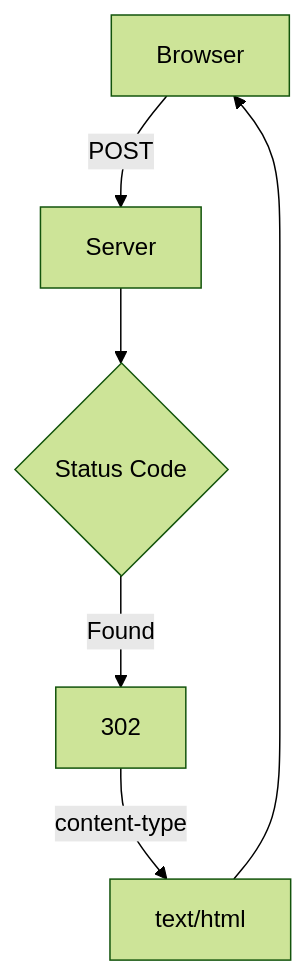
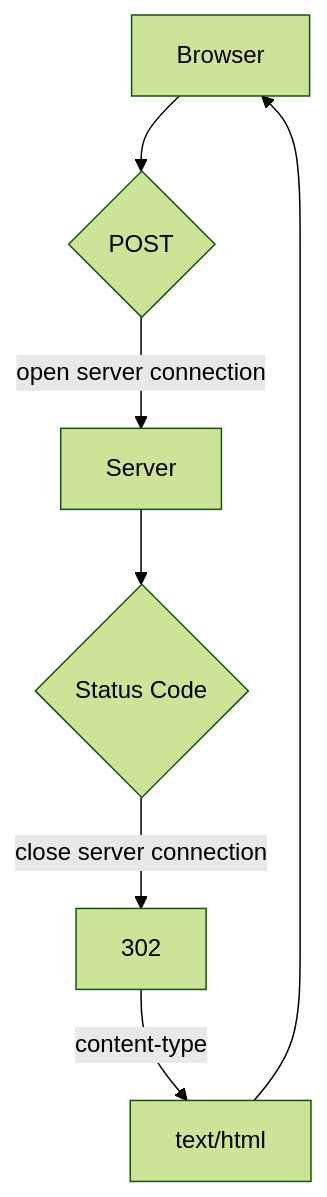
One commit to vscorza0093/frontend-tecnologies changed the first of 5 diagrams in fullstackopen-helsinki/part0/exercises/0.4/README.md. Above: the diagram before and after it, drawn with Mermaid (forest theme). The commit also changed other lines of this file, not shown here.

````diff
--- a/fullstackopen-helsinki/part0/exercises/0.4/README.md
+++ b/fullstackopen-helsinki/part0/exercises/0.4/README.md
@@ -3,11 +3,13 @@
 ```mermaid
 ---
 Helsinki Fullstack Open - part 0 exercise 4
+new_note
 ---
 flowchart TD
-    A[Browser] -->|POST| B(Request URL)
-    B[Server] --> C{Status Code}
-    C -->|Found| D[302]
-    D -->|content-type| E[text/html]
-    E --> A
+    A[Browser] --> B{POST}
+    B --> |open server connection| C
+    C[Server] --> D{Status Code}
+    D -->|close server connection| E[302]
+    E -->|content-type| F[text/html]
+    F --> A
 ```
````
